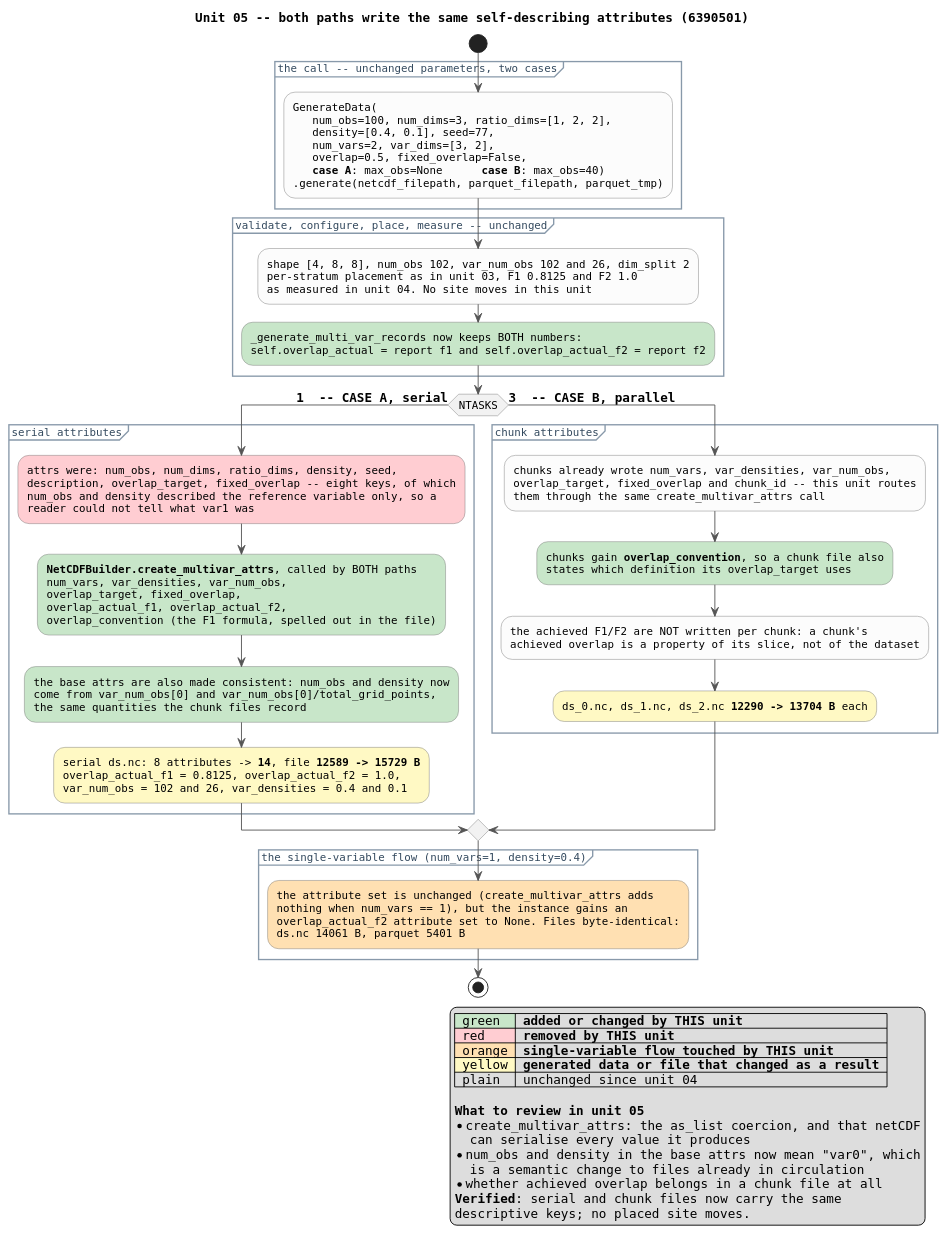
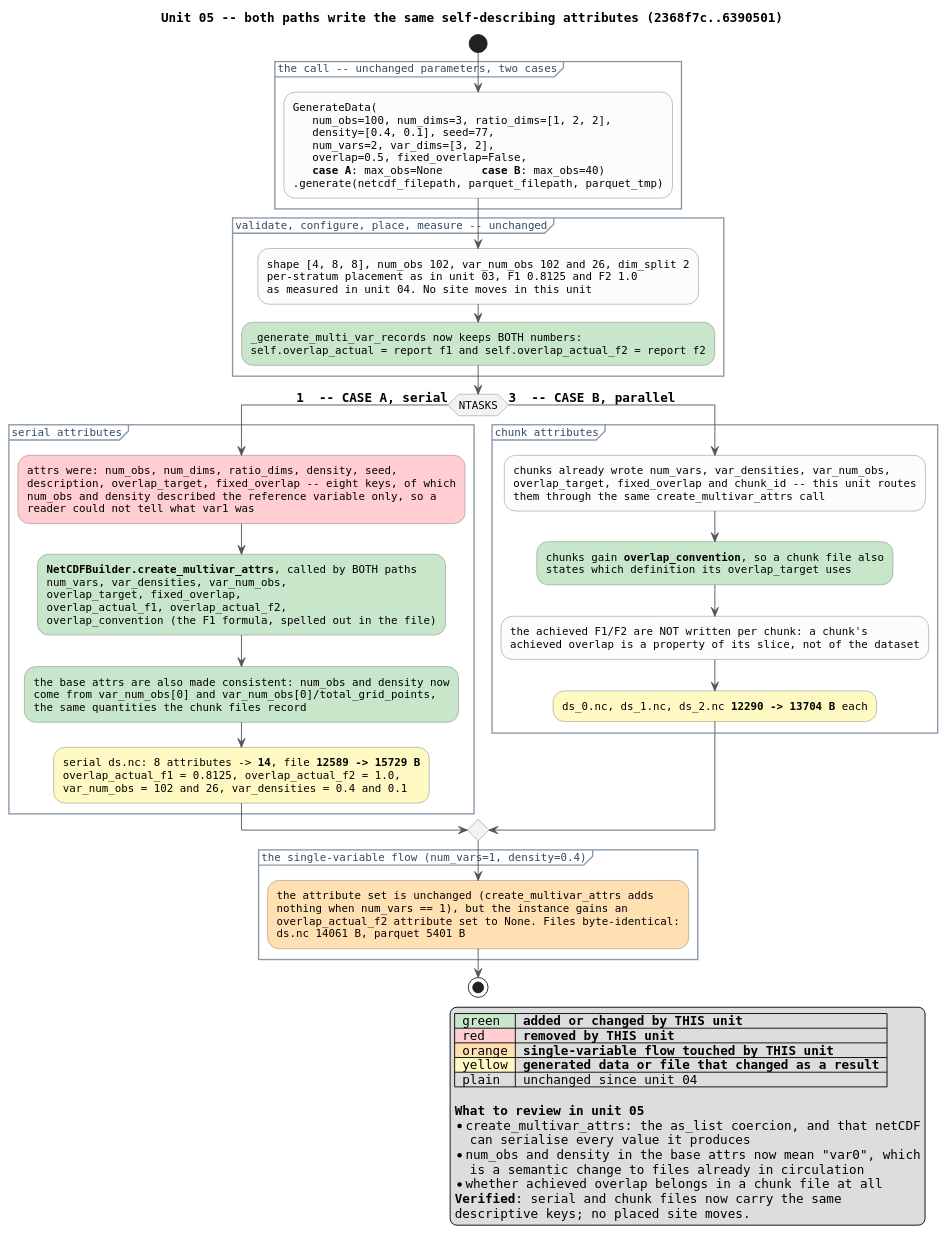
The diagram in docs/review_05_shared_attrs.puml (boom-lab/tabray), drawn with PlantUML before and after one commit. The commit also changed 19 other files, not shown here.

Commit message:
update puml diagrams for review

```diff
--- a/docs/review_05_shared_attrs.puml
+++ b/docs/review_05_shared_attrs.puml
@@ -1,109 +1,109 @@
 @startuml review_05_shared_attrs
 ' Review unit 05 of 15 -- see docs/review_diagrams.md for the series.
 ' State AFTER commit 6390501 (src +98/-22, tests included).
 ' Every number below is from a run of the two cases at commit 6390501.
 ' Render: plantuml docs/review_05_shared_attrs.puml
 
-title Unit 05 -- both paths write the same self-describing attributes (6390501)
+title Unit 05 -- both paths write the same self-describing attributes (2368f7c..6390501)
 
 skinparam shadowing false
 skinparam defaultFontName Monospaced
 skinparam defaultFontSize 12
 skinparam ArrowColor #555555
 skinparam activity {
   BackgroundColor #FCFCFC
   BorderColor #777777
   DiamondBackgroundColor #F2F2F2
   DiamondBorderColor #777777
 }
 skinparam partition {
   BorderColor #8899AA
   FontColor #33495E
 }
 skinparam note {
   BackgroundColor #FFFDF0
   BorderColor #C8C08A
 }
 
 start
 
 partition "the call -- unchanged parameters, two cases" {
   :GenerateData(
      num_obs=100, num_dims=3, ratio_dims=[1, 2, 2],
      density=[0.4, 0.1], seed=77,
      num_vars=2, var_dims=[3, 2],
      overlap=0.5, fixed_overlap=False,
      <b>case A</b>: max_obs=None      <b>case B</b>: max_obs=40)
   .generate(netcdf_filepath, parquet_filepath, parquet_tmp);
 }
 
 partition "validate, configure, place, measure -- unchanged" {
   :shape [4, 8, 8], num_obs 102, var_num_obs 102 and 26, dim_split 2
   per-stratum placement as in unit 03, F1 0.8125 and F2 1.0
   as measured in unit 04. No site moves in this unit;
   #C8E6C9:_generate_multi_var_records now keeps BOTH numbers:
   self.overlap_actual = report f1 and self.overlap_actual_f2 = report f2;
 }
 
 if (NTASKS) then (== 1  -- CASE A, serial)
 
   partition "serial attributes" {
     #FFCDD2:attrs were: num_obs, num_dims, ratio_dims, density, seed,
     description, overlap_target, fixed_overlap -- eight keys, of which
     num_obs and density described the reference variable only, so a
     reader could not tell what var1 was;
     #C8E6C9:<b>NetCDFBuilder.create_multivar_attrs</b>, called by BOTH paths
     num_vars, var_densities, var_num_obs,
     overlap_target, fixed_overlap,
     overlap_actual_f1, overlap_actual_f2,
     overlap_convention (the F1 formula, spelled out in the file);
     #C8E6C9:the base attrs are also made consistent: num_obs and density now
     come from var_num_obs[0] and var_num_obs[0]/total_grid_points,
     the same quantities the chunk files record;
     #FFF9C4:serial ds.nc: 8 attributes -> <b>14</b>, file <b>12589 -> 15729 B</b>
     overlap_actual_f1 = 0.8125, overlap_actual_f2 = 1.0,
     var_num_obs = 102 and 26, var_densities = 0.4 and 0.1;
   }
 
 else (== 3  -- CASE B, parallel)
 
   partition "chunk attributes" {
     :chunks already wrote num_vars, var_densities, var_num_obs,
     overlap_target, fixed_overlap and chunk_id -- this unit routes
     them through the same create_multivar_attrs call;
     #C8E6C9:chunks gain <b>overlap_convention</b>, so a chunk file also
     states which definition its overlap_target uses;
     :the achieved F1/F2 are NOT written per chunk: a chunk's
     achieved overlap is a property of its slice, not of the dataset;
     #FFF9C4:ds_0.nc, ds_1.nc, ds_2.nc <b>12290 -> 13704 B</b> each;
   }
 
 endif
 
 partition "the single-variable flow (num_vars=1, density=0.4)" {
   #FFE0B2:the attribute set is unchanged (create_multivar_attrs adds
   nothing when num_vars == 1), but the instance gains an
   overlap_actual_f2 attribute set to None. Files byte-identical:
   ds.nc 14061 B, parquet 5401 B;
 }
 
 stop
 
 legend right
   |<#C8E6C9> green |= added or changed by THIS unit |
   |<#FFCDD2> red |= removed by THIS unit |
   |<#FFE0B2> orange |= single-variable flow touched by THIS unit |
   |<#FFF9C4> yellow |= generated data or file that changed as a result |
   | plain | unchanged since unit 04 |
 
   <b>What to review in unit 05</b>
   * create_multivar_attrs: the as_list coercion, and that netCDF
     can serialise every value it produces
   * num_obs and density in the base attrs now mean "var0", which
     is a semantic change to files already in circulation
   * whether achieved overlap belongs in a chunk file at all
   <b>Verified</b>: serial and chunk files now carry the same
   descriptive keys; no placed site moves.
 end legend
 
 @enduml
```
